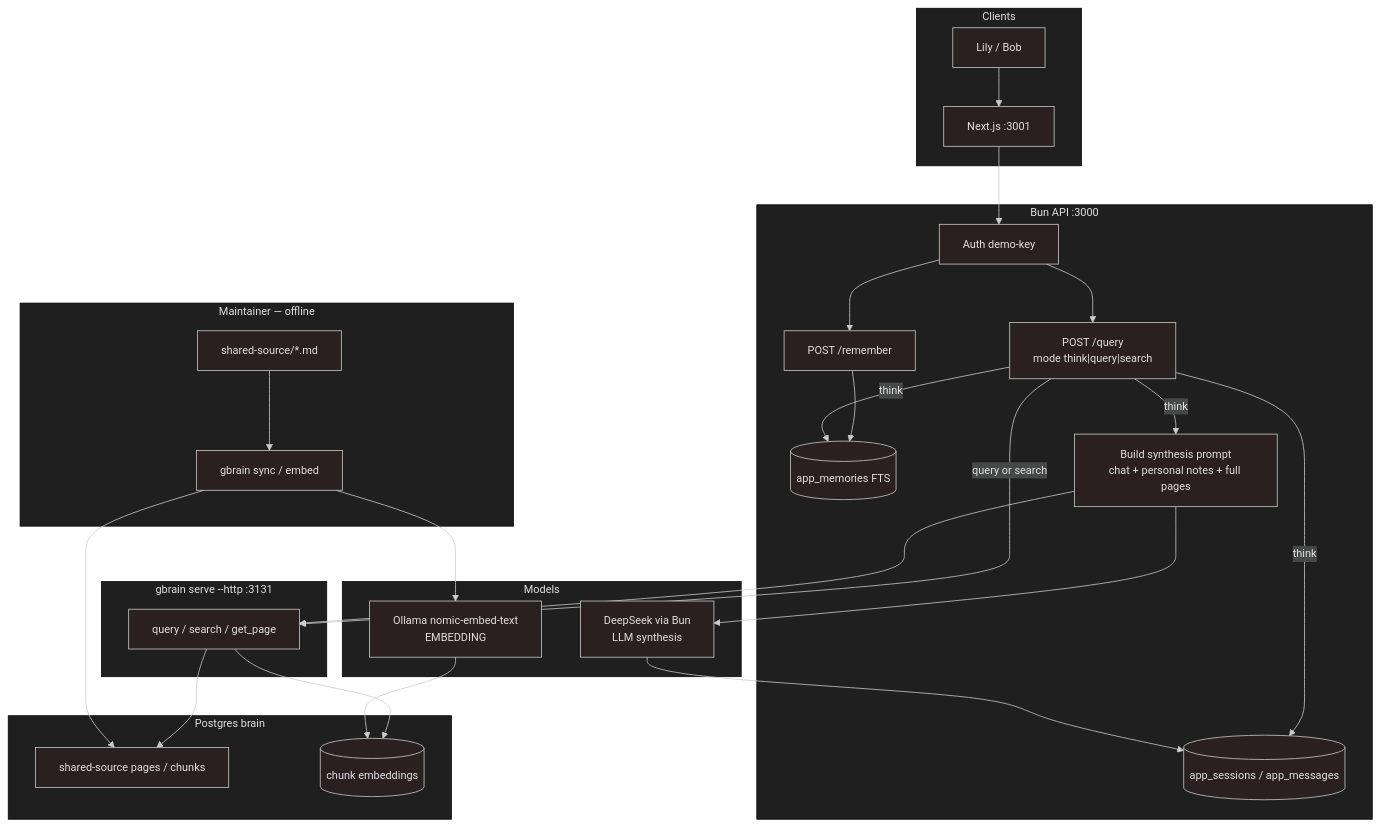
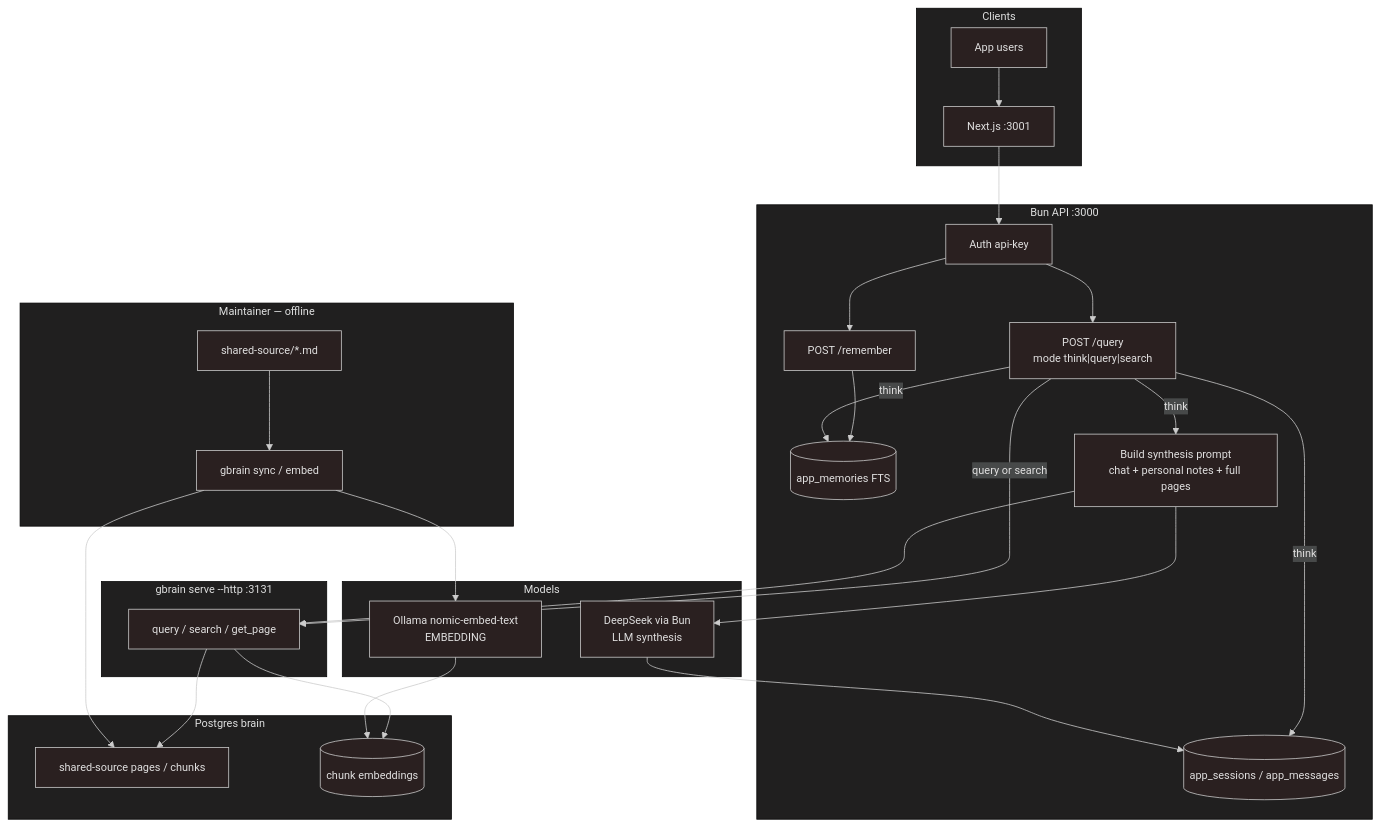
The first of 2 diagrams in README.md (kyung-lee-official/gbrain-sandbox), drawn with Mermaid before and after one commit. The commit also changed other lines of this file and 11 other files, not shown here.

Commit message:
Refactor user management: replace demo keys with dynamic user API keys, implement user CRUD operations, and enhance UI for user selection and management.

````diff
--- a/README.md
+++ b/README.md
@@ -33,58 +33,58 @@
 ```mermaid
 %%{init: {'theme': 'neo-dark'}}%%
 flowchart TB
   subgraph clients [Clients]
     Web[Next.js :3001]
-    Lily[Lily / Bob]
+    Lily[App users]
   end
 
   subgraph bun [Bun API :3000]
-    Auth[Auth demo-key]
+    Auth[Auth api-key]
     Remember["POST /remember"]
     Query["POST /query<br/>mode think|query|search"]
     Mem[(app_memories FTS)]
     Chat[(app_sessions / app_messages)]
     Build[Build synthesis prompt<br/>chat + personal notes + full pages]
   end
 
   subgraph maintainer [Maintainer — offline]
     MD[shared-source/*.md]
     Sync["gbrain sync / embed"]
   end
 
   subgraph gbrain [gbrain serve --http :3131]
     Retrieve[query / search / get_page]
   end
 
   subgraph models [Models]
     Ollama["Ollama nomic-embed-text<br/>EMBEDDING"]
     DeepSeek["DeepSeek via Bun<br/>LLM synthesis"]
   end
 
   subgraph store [Postgres brain]
     Pages[shared-source pages / chunks]
     Embs[(chunk embeddings)]
   end
 
   Lily --> Web
   Web --> Auth
   Auth --> Remember
   Auth --> Query
 
   Remember --> Mem
 
   Query -->|think| Chat
   Query -->|think| Mem
   Query -->|think| Build
   Query -->|query or search| Retrieve
   Build --> Retrieve
   Retrieve --> Pages
   Retrieve --> Embs
   Build --> DeepSeek
   DeepSeek --> Chat
 
   MD --> Sync
   Sync --> Pages
   Sync --> Ollama
   Ollama --> Embs
 ```
````
